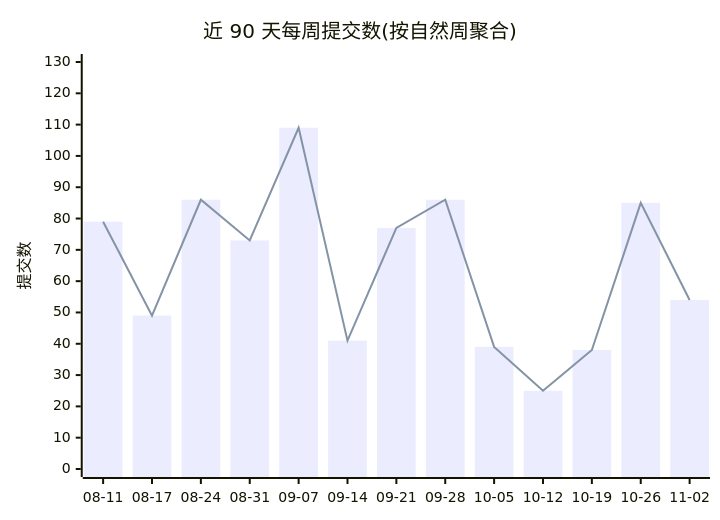
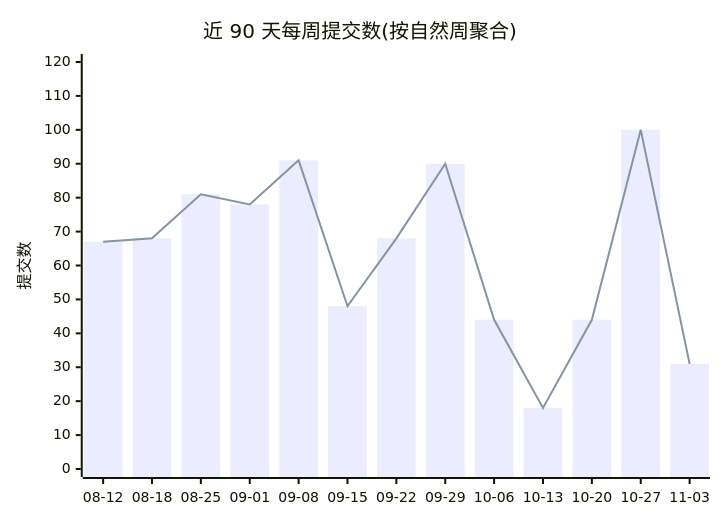
Before and after one commit to Conflux-Union/.github: the first of 2 diagrams in profile/README.md, drawn with Mermaid. The commit also changed other lines of this file and 1 other file, not shown here.

````diff
--- a/profile/README.md
+++ b/profile/README.md
@@ -47,8 +47,8 @@
 ```mermaid
 xychart-beta
     title "近 90 天每周提交数(按自然周聚合)"
-    x-axis ["08-11", "08-17", "08-24", "08-31", "09-07", "09-14", "09-21", "09-28", "10-05", "10-12", "10-19", "10-26", "11-02"]
-    y-axis "提交数" 0 --> 130
-    bar [79, 49, 86, 73, 109, 41, 77, 86, 39, 25, 38, 85, 54]
-    line [79, 49, 86, 73, 109, 41, 77, 86, 39, 25, 38, 85, 54]
+    x-axis ["08-12", "08-18", "08-25", "09-01", "09-08", "09-15", "09-22", "09-29", "10-06", "10-13", "10-20", "10-27", "11-03"]
+    y-axis "提交数" 0 --> 120
+    bar [67, 68, 81, 78, 91, 48, 68, 90, 44, 18, 44, 100, 31]
+    line [67, 68, 81, 78, 91, 48, 68, 90, 44, 18, 44, 100, 31]
 ```
````
